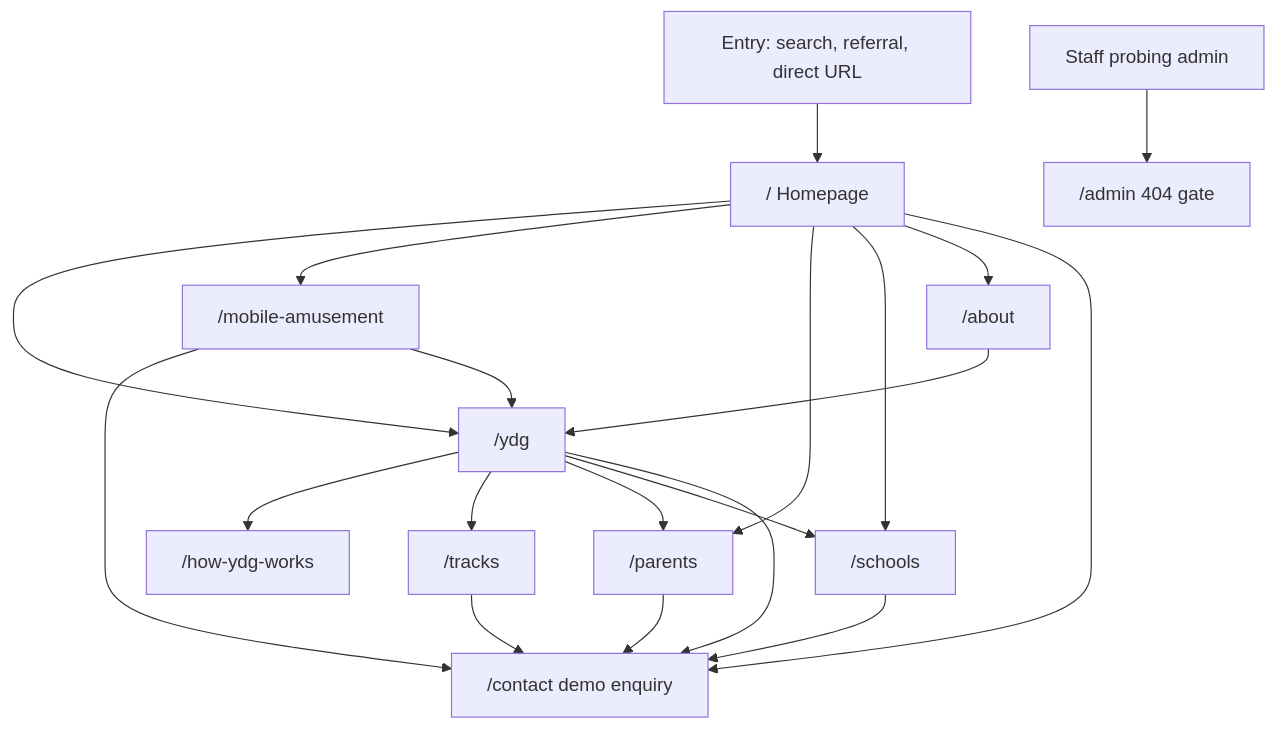
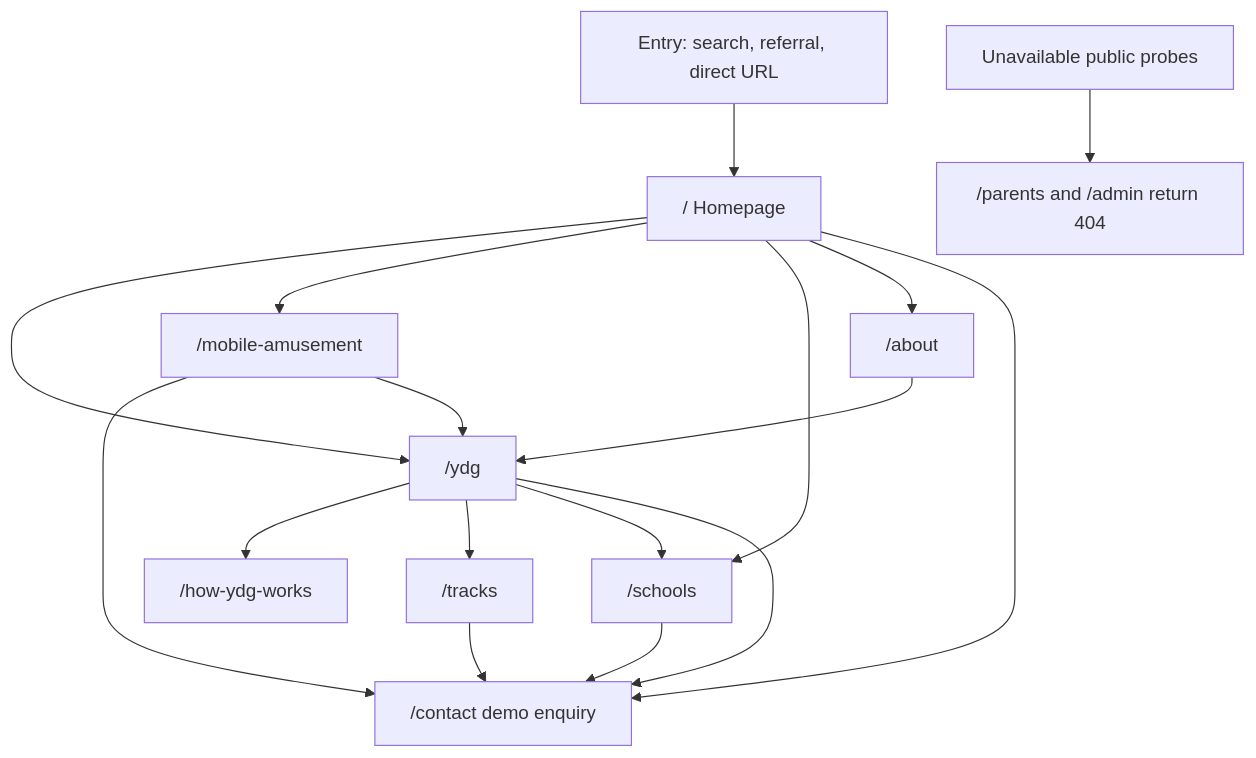
One commit to Fiximami/mecellino-haven changed the diagram in docs/product/PUBLIC_JOURNEY_MAP.md. Above: the diagram before and after it, drawn with Mermaid. The commit also changed other lines of this file and 5 other files, not shown here.

Commit message:
docs(governance): align YDG policy and public boundaries

````diff
--- a/docs/product/PUBLIC_JOURNEY_MAP.md
+++ b/docs/product/PUBLIC_JOURNEY_MAP.md
@@ -418,34 +418,30 @@
 ```mermaid
 flowchart TD
   entry[Entry: search, referral, direct URL]
   home["/ Homepage"]
   ydg["/ydg"]
   how["/how-ydg-works"]
   tracks["/tracks"]
-  parents["/parents"]
   schools["/schools"]
   amuse["/mobile-amusement"]
   about["/about"]
   contact["/contact demo enquiry"]
-  admin["/admin 404 gate"]
+  blocked["/parents and /admin return 404"]
 
   entry --> home
   home --> ydg
   home --> amuse
-  home --> parents
   home --> schools
   home --> about
   home --> contact
   ydg --> how
   ydg --> tracks
-  ydg --> parents
   ydg --> schools
   ydg --> contact
   tracks --> contact
   schools --> contact
   amuse --> contact
   amuse --> ydg
-  parents --> contact
   about --> ydg
-  staff[Staff probing admin] --> admin
+  probe[Unavailable public probes] --> blocked
 ```
````
